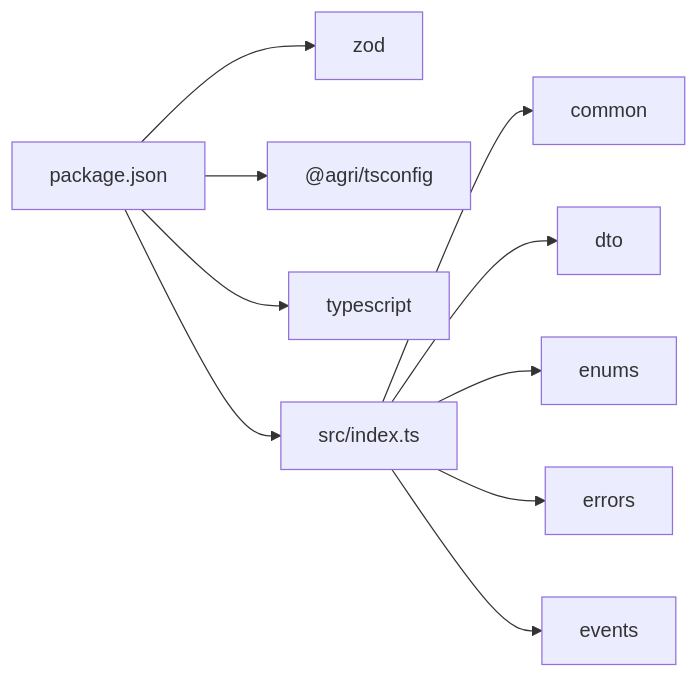
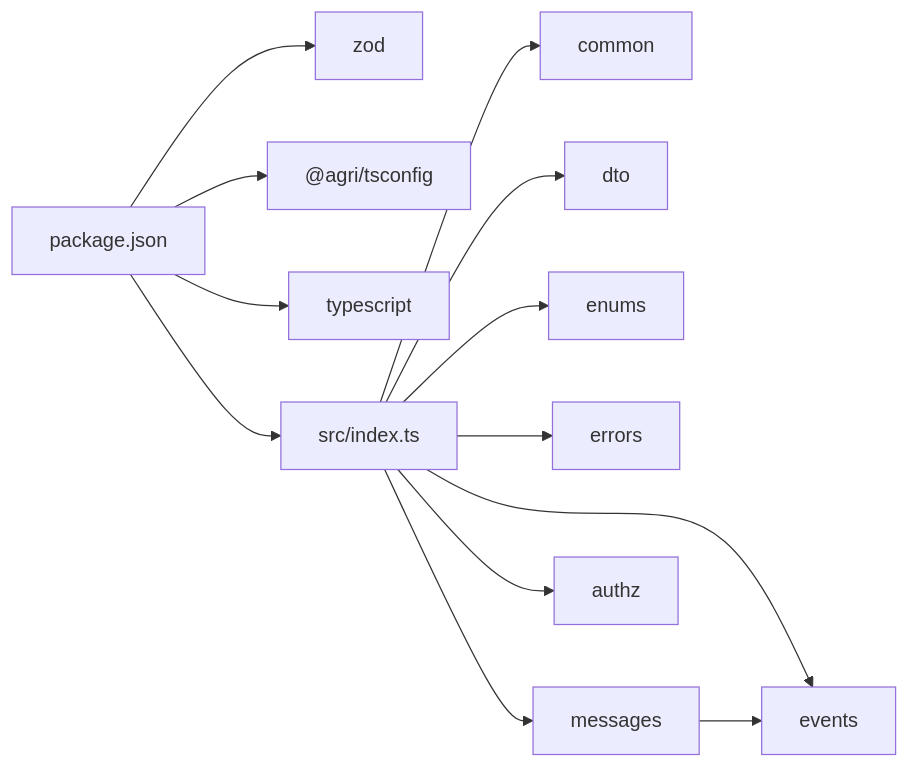
The sixth of 6 diagrams in .qoder/repowiki/zh/content/公共包文档/契约定义包 (@agri_contracts).md (q446328246/agri-platform), drawn with Mermaid before and after one commit. The commit also changed other lines of this file and 84 other files, not shown here.

````diff
--- a/.qoder/repowiki/zh/content/公共包文档/契约定义包 (@agri_contracts).md
+++ b/.qoder/repowiki/zh/content/公共包文档/契约定义包 (@agri_contracts).md
@@ -199,12 +281,15 @@
 ```mermaid
 graph LR
 P["package.json"] --> Z["zod"]
 P --> TSC["@agri/tsconfig"]
 P --> TS["typescript"]
 P --> IDX["src/index.ts"]
 IDX --> COM["common"]
 IDX --> DTO["dto"]
 IDX --> ENUMS["enums"]
 IDX --> ERR["errors"]
 IDX --> EVT["events"]
+IDX --> MSG["messages"]
+IDX --> AUTHZ["authz"]
+MSG --> EVT
 ```
````
